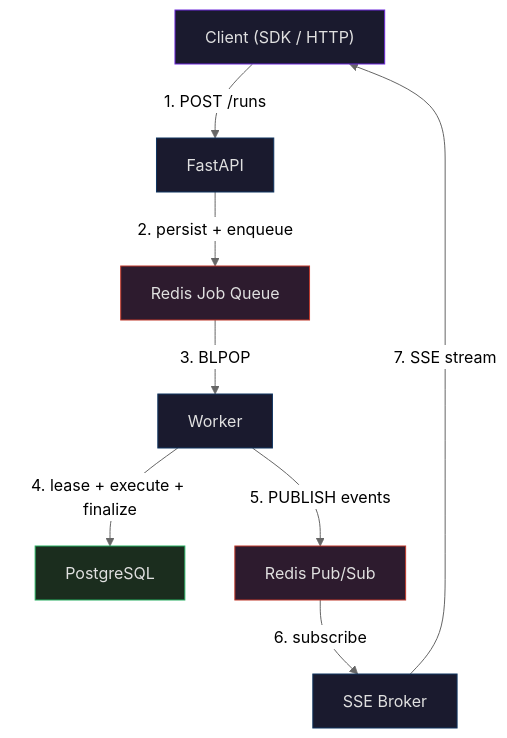
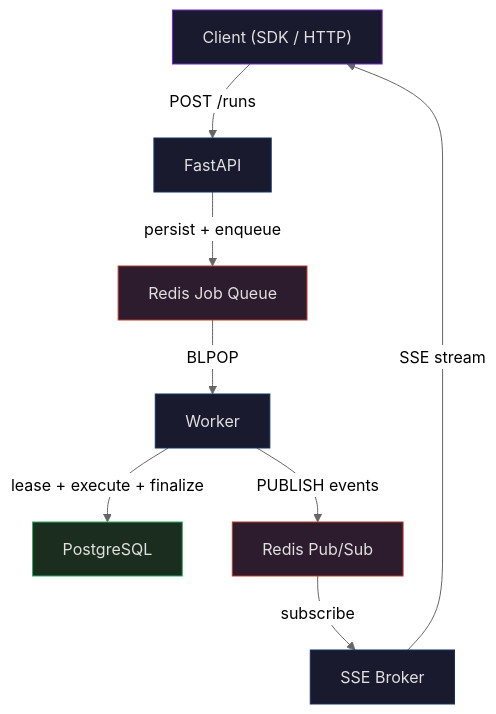
Before and after one commit to ibbybuilds/aegra: the first of 6 diagrams in docs/guides/worker-architecture.mdx, drawn with Mermaid (neutral theme). The commit also changed other lines of this file, not shown here.

Commit message:
docs: fix Mintlify mermaid rendering issues
Remove numbered list labels (1. 2. etc) that Mintlify renders as
"Unsupported markdown: list". Remove \n in node labels that render
as literal text. Simplify instance and backend labels to single-line.

````diff
--- a/docs/guides/worker-architecture.mdx
+++ b/docs/guides/worker-architecture.mdx
@@ -16,26 +16,26 @@
 ```mermaid
 flowchart TD
     Client["Client (SDK / HTTP)"]
     API["FastAPI"]
     Redis["Redis Job Queue"]
     Worker["Worker"]
     PG["PostgreSQL"]
     PubSub["Redis Pub/Sub"]
     Broker["SSE Broker"]
 
-    Client -->|"1. POST /runs"| API
-    API -->|"2. persist + enqueue"| Redis
-    Redis -->|"3. BLPOP"| Worker
-    Worker -->|"4. lease + execute + finalize"| PG
-    Worker -->|"5. PUBLISH events"| PubSub
-    PubSub -->|"6. subscribe"| Broker
-    Broker -->|"7. SSE stream"| Client
+    Client -->|POST /runs| API
+    API -->|persist + enqueue| Redis
+    Redis -->|BLPOP| Worker
+    Worker -->|lease + execute + finalize| PG
+    Worker -->|PUBLISH events| PubSub
+    PubSub -->|subscribe| Broker
+    Broker -->|SSE stream| Client
 
     style Client fill:#1a1a2e,stroke:#6d28d9,color:#e0e0e0
     style API fill:#1a1a2e,stroke:#0f3460,color:#e0e0e0
     style Worker fill:#1a1a2e,stroke:#0f3460,color:#e0e0e0
     style Broker fill:#1a1a2e,stroke:#0f3460,color:#e0e0e0
     style Redis fill:#2d1b2e,stroke:#c0392b,color:#e0e0e0
     style PubSub fill:#2d1b2e,stroke:#c0392b,color:#e0e0e0
     style PG fill:#1b2d1e,stroke:#27ae60,color:#e0e0e0
 ```
````
